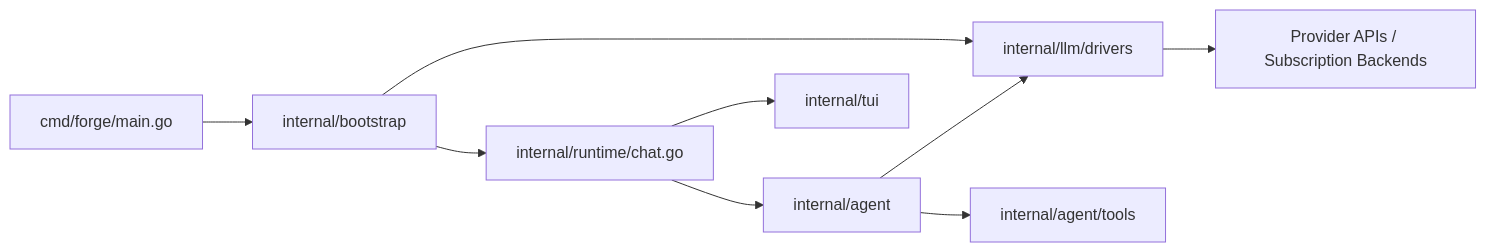
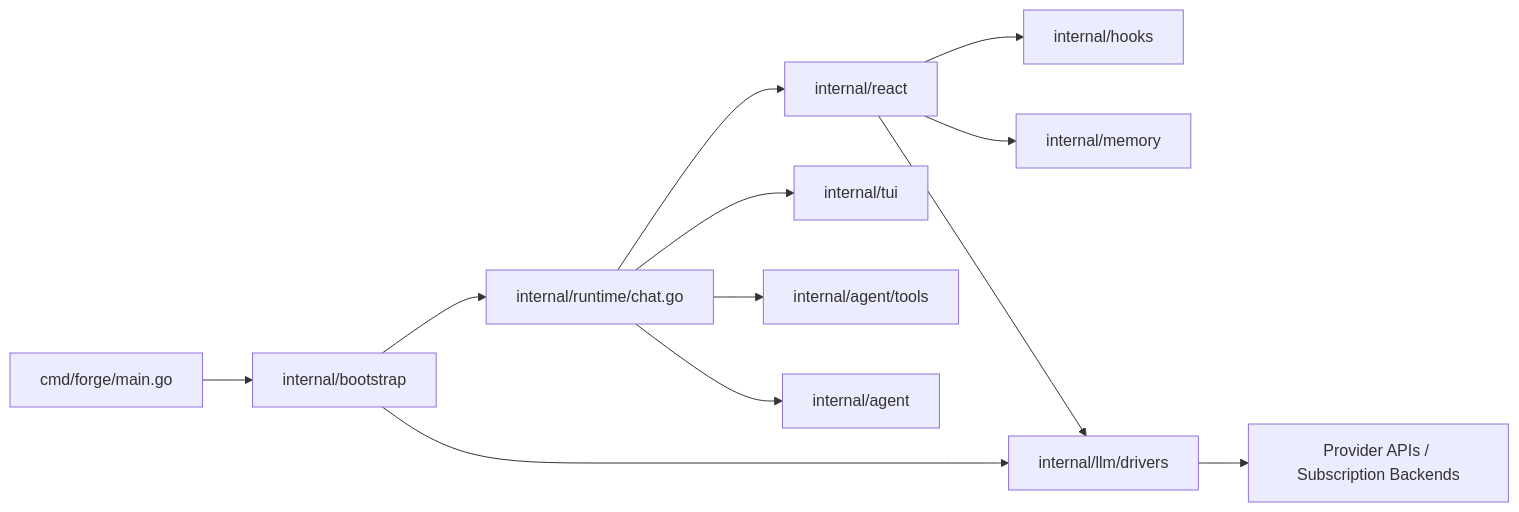
Before and after one commit to Cass67/forge: the diagram in README.md, drawn with Mermaid. The commit also changed other lines of this file and 2 other files, not shown here.

Commit message:
docs: refresh runtime architecture docs

````diff
--- a/README.md
+++ b/README.md
@@ -232,11 +233,14 @@
 ```mermaid
 flowchart LR
     CLI["cmd/forge/main.go"] --> Bootstrap["internal/bootstrap"]
     Bootstrap --> Runtime["internal/runtime/chat.go"]
+    Runtime --> React["internal/react"]
+    React --> Hooks["internal/hooks"]
+    React --> Memory["internal/memory"]
+    Runtime --> TUI["internal/tui"]
+    Runtime --> Tools["internal/agent/tools"]
     Runtime --> Agent["internal/agent"]
-    Runtime --> TUI["internal/tui"]
     Bootstrap --> Drivers["internal/llm/drivers"]
-    Agent --> Tools["internal/agent/tools"]
-    Agent --> Drivers
+    React --> Drivers
     Drivers --> Providers["Provider APIs / Subscription Backends"]
 ```
````
